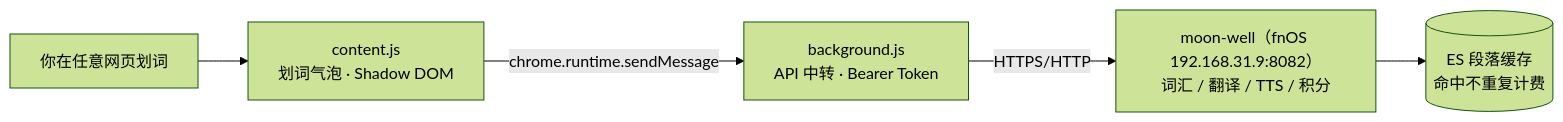
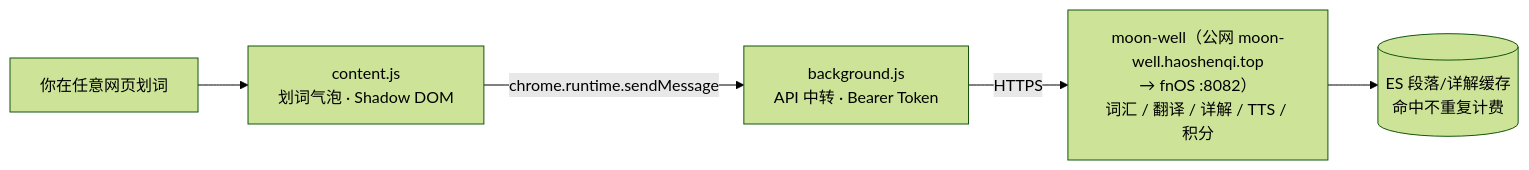
One commit to haoshenqi-family/magiclens changed the diagram in README.md. Above: the diagram before and after it, drawn with Mermaid (forest theme). The commit also changed other lines of this file and 7 other files, not shown here.

````diff
--- a/README.md
+++ b/README.md
@@ -11,7 +11,7 @@
 ```mermaid
 flowchart LR
     U[你在任意网页划词] --> CS[content.js<br/>划词气泡 · Shadow DOM]
     CS -->|chrome.runtime.sendMessage| SW[background.js<br/>API 中转 · Bearer Token]
-    SW -->|HTTPS/HTTP| MW["moon-well（fnOS 192.168.31.9:8082）<br/>词汇 / 翻译 / TTS / 积分"]
-    MW --> ES[("ES 段落缓存<br/>命中不重复计费")]
+    SW -->|HTTPS| MW["moon-well（公网 moon-well.haoshenqi.top<br/>→ fnOS :8082）<br/>词汇 / 翻译 / 详解 / TTS / 积分"]
+    MW --> ES[("ES 段落/详解缓存<br/>命中不重复计费")]
 ```
````
